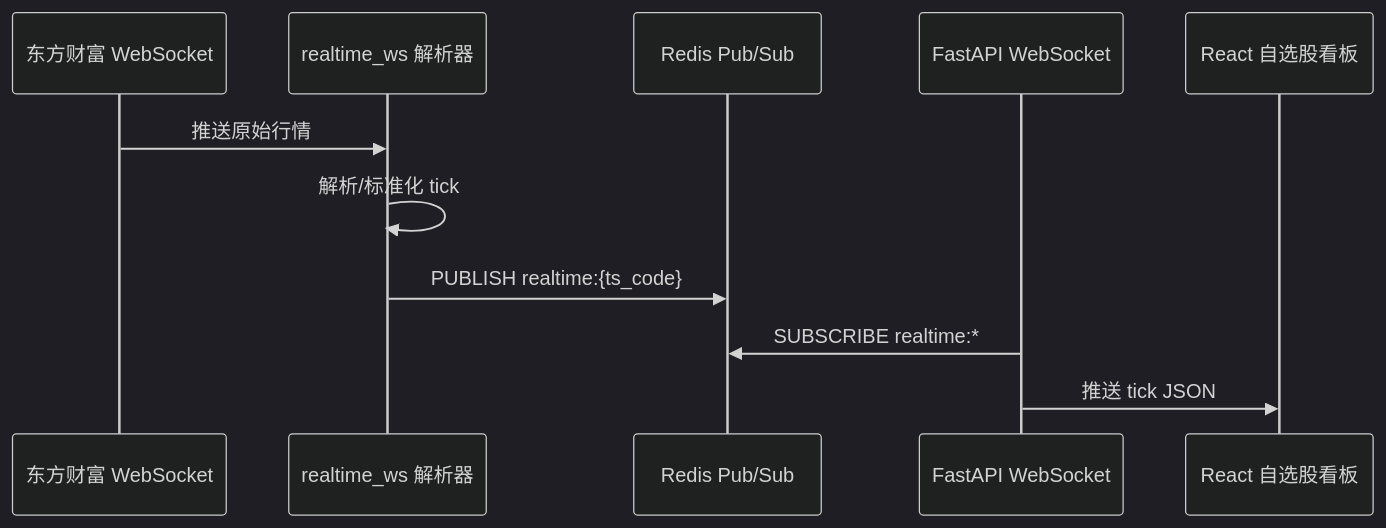
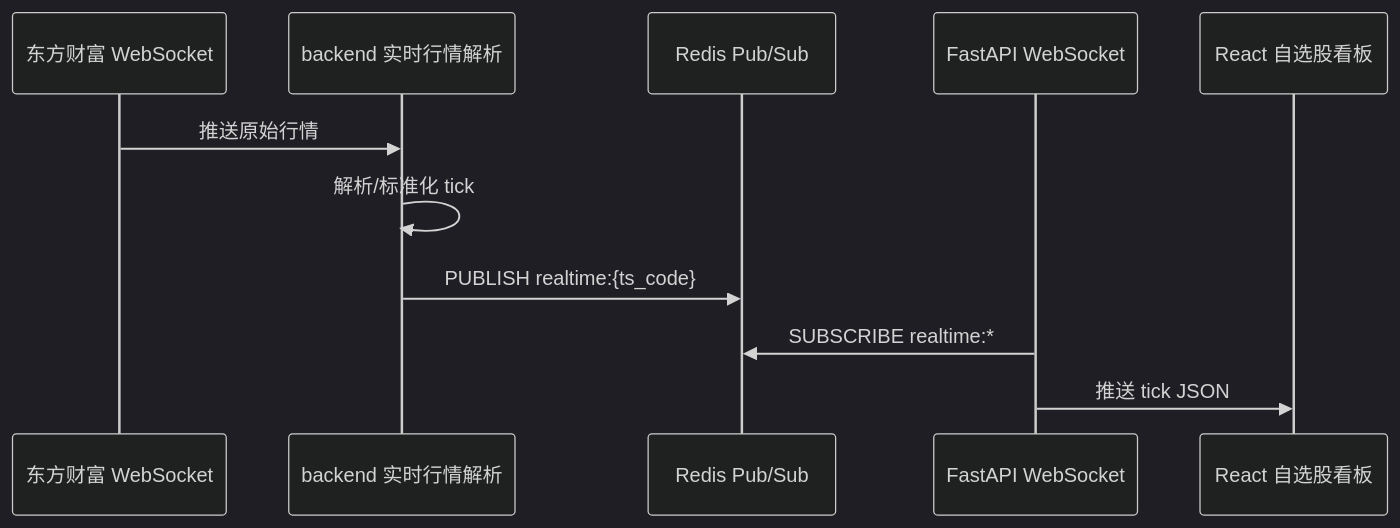
The third of 6 diagrams in docs/finally-design.md (Diaoff/LeekQuant), drawn with Mermaid (dark theme) before and after one commit. The commit also changed other lines of this file and 27 other files, not shown here.

````diff
--- a/docs/finally-design.md
+++ b/docs/finally-design.md
@@ -858,14 +846,14 @@
 ```mermaid
 sequenceDiagram
     participant EM as 东方财富 WebSocket
-    participant Parser as realtime_ws 解析器
+    participant Parser as backend 实时行情解析
     participant Redis as Redis Pub/Sub
     participant API as FastAPI WebSocket
     participant UI as React 自选股看板
 
     EM->>Parser: 推送原始行情
     Parser->>Parser: 解析/标准化 tick
     Parser->>Redis: PUBLISH realtime:{ts_code}
     API->>Redis: SUBSCRIBE realtime:*
     API->>UI: 推送 tick JSON
 ```
````
